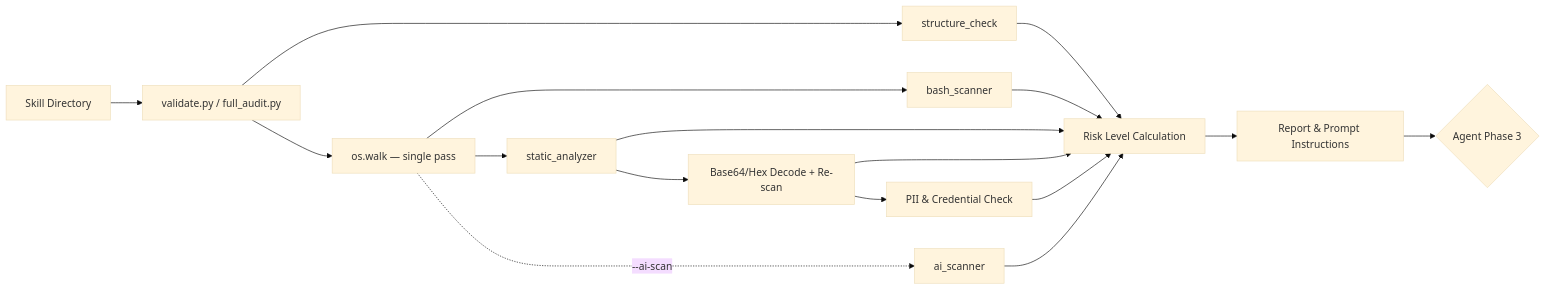
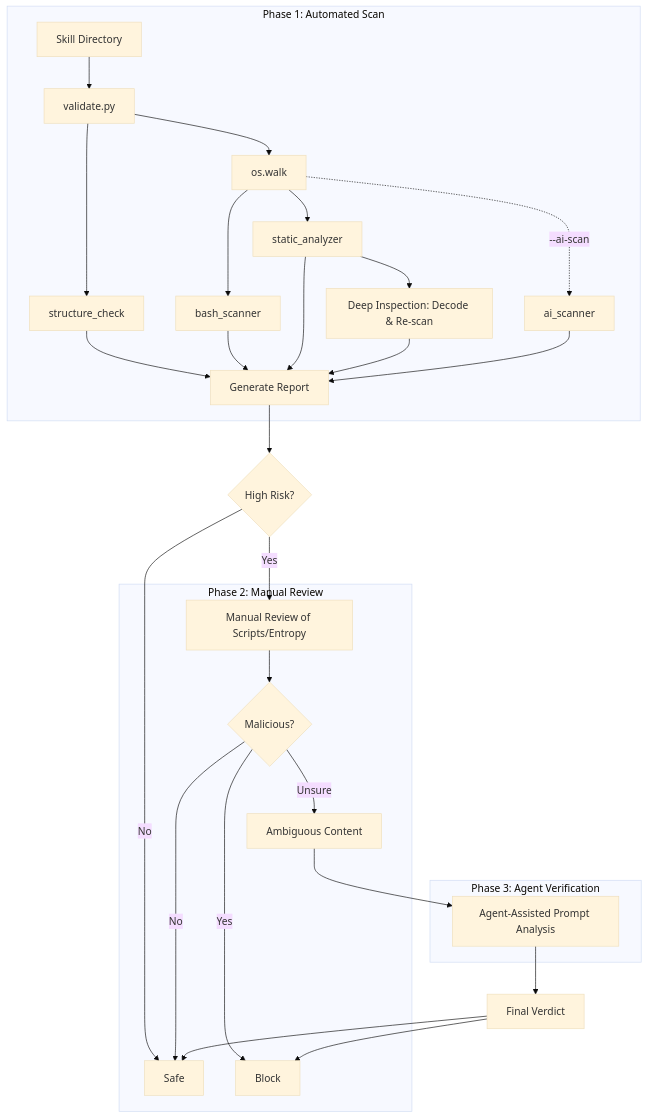
One commit to MatrixFounder/Universal-skills changed the diagram in docs/Manuals/skill-validator_manual.md. Above: the diagram before and after it, drawn with Mermaid (base theme). The commit also changed 1 other file, not shown here.

Commit message:
skill-verifier schema refinement

````diff
--- a/docs/Manuals/skill-validator_manual.md
+++ b/docs/Manuals/skill-validator_manual.md
@@ -110,14 +110,34 @@
 ```mermaid
-graph LR
-    A[Skill Directory] --> B[validate.py / full_audit.py]
-    B --> C[structure_check]
-    B --> D[os.walk — single pass]
-    D --> E[bash_scanner]
-    D --> F[static_analyzer]
-    F --> G[Base64/Hex Decode + Re-scan]
-    G --> P[PII & Credential Check]
-    D -.->|--ai-scan| I[ai_scanner]
-    C & E & F & G & P & I --> H[Risk Level Calculation]
-    H --> R[Report & Prompt Instructions]
-    R --> V{Agent Phase 3}
+graph TD
+    subgraph Phase1 [Phase 1: Automated Scan]
+        A[Skill Directory] --> B[validate.py]
+        B --> C[structure_check]
+        B --> D[os.walk]
+        D --> E[bash_scanner]
+        D --> F[static_analyzer]
+        F --> G[Deep Inspection: Decode & Re-scan]
+        D -.->|--ai-scan| H[ai_scanner]
+        C & E & F & G & H --> I[Generate Report]
+    end
+
+    I --> J{High Risk?}
+    J -- No --> Z1[Safe]
+    J -- Yes --> K
+
+    subgraph Phase2 [Phase 2: Manual Review]
+        K[Manual Review of Scripts/Entropy]
+        K --> L{Malicious?}
+        L -- Yes --> Z2[Block]
+        L -- No --> Z1
+        L -- Unsure --> M
+    end
+
+    subgraph Phase3 [Phase 3: Agent Verification]
+        M[Ambiguous Content]
+        M --> N[Agent-Assisted Prompt Analysis]
+    end
+
+    N --> O[Final Verdict]
+    O --> Z1
+    O --> Z2
 ```
````
